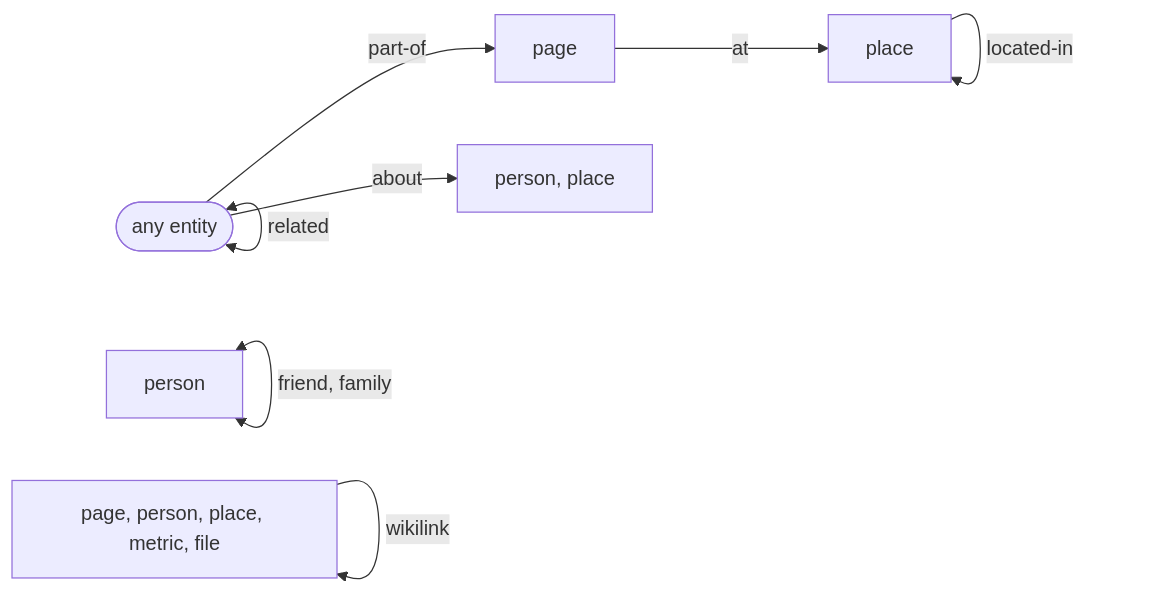
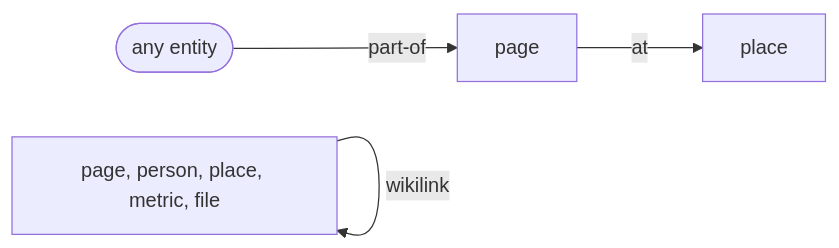
One commit to alexradunet/lifelogdb changed the diagram in docs/architecture/link-rules.md. Above: the diagram before and after it, drawn with Mermaid. The commit also changed other lines of this file and 56 other files, not shown here.

````diff
--- a/docs/architecture/link-rules.md
+++ b/docs/architecture/link-rules.md
@@ -7,19 +8,12 @@
 ```mermaid
 %% diagram: link-map
 flowchart LR
     any(["any entity"])
-    person["person"]
     place["place"]
     page["page"]
-    named["person, place"]
     titled["page, person, place, metric, file"]
 
-    any -->|"about"| named
-    any <-->|"related"| any
     page -->|"at"| place
-    person -->|"parent-of"| person
-    person <-->|"friend, family"| person
-    place -->|"located-in"| place
     any -->|"part-of"| page
     titled -->|"wikilink"| titled
 ```
````
